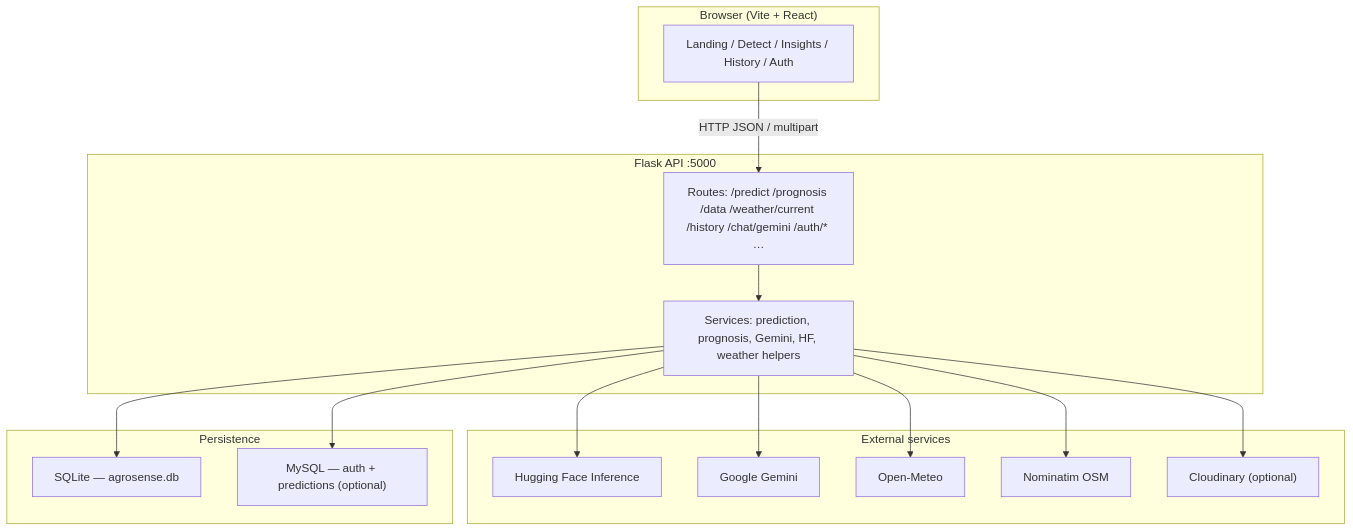
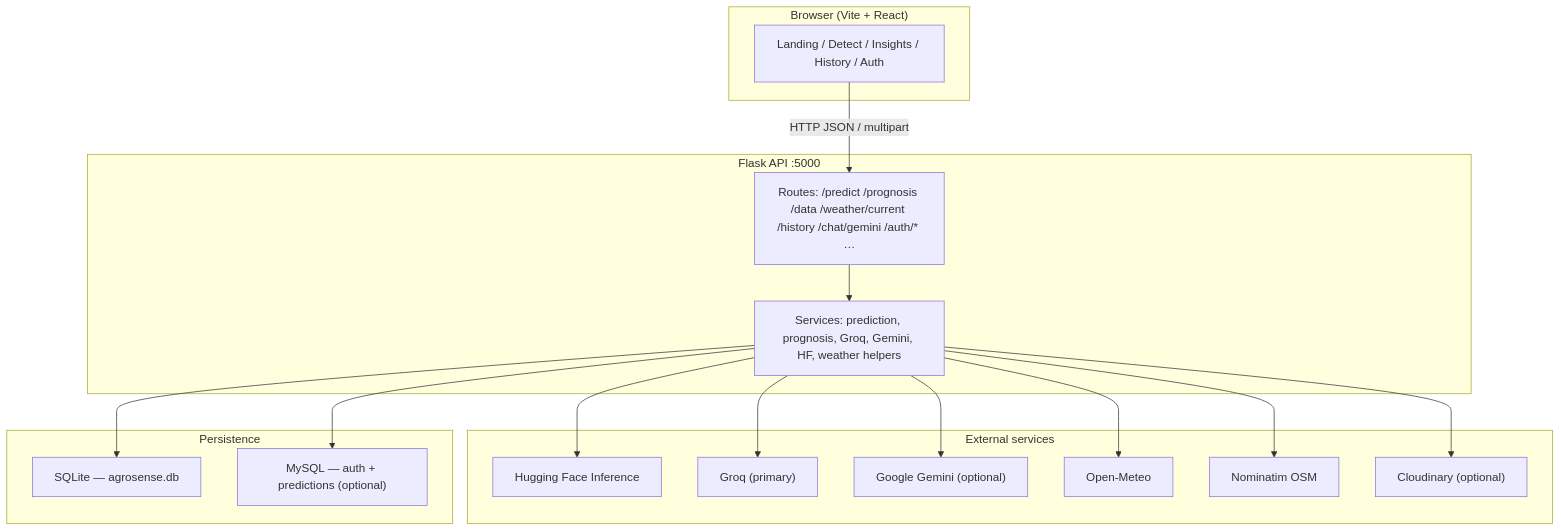
The diagram in README.md (shashikumar-3/Agrosense_ai_current_snapshot), drawn with Mermaid before and after one commit. The commit also changed other lines of this file and 18 other files, not shown here.

````diff
--- a/README.md
+++ b/README.md
@@ -42,34 +42,36 @@
 ```mermaid
 flowchart TB
   subgraph client["Browser (Vite + React)"]
     UI[Landing / Detect / Insights / History / Auth]
   end
 
   subgraph api["Flask API :5000"]
     Routes["Routes: /predict /prognosis /data /weather/current /history /chat/gemini /auth/* …"]
-    Services["Services: prediction, prognosis, Gemini, HF, weather helpers"]
+    Services["Services: prediction, prognosis, Groq, Gemini, HF, weather helpers"]
   end
 
   subgraph external["External services"]
     HF["Hugging Face Inference"]
-    GEM["Google Gemini"]
+    GRQ["Groq (primary)"]
+  GEM["Google Gemini (optional)"]
     OM["Open-Meteo"]
     NOM["Nominatim OSM"]
     CLD["Cloudinary (optional)"]
   end
 
   subgraph data["Persistence"]
     SQL["SQLite — agrosense.db"]
     MY["MySQL — auth + predictions (optional)"]
   end
 
   UI -->|HTTP JSON / multipart| Routes
   Routes --> Services
   Services --> HF
+  Services --> GRQ
   Services --> GEM
   Services --> OM
   Services --> NOM
   Services --> CLD
   Services --> SQL
   Services --> MY
 ```
````
